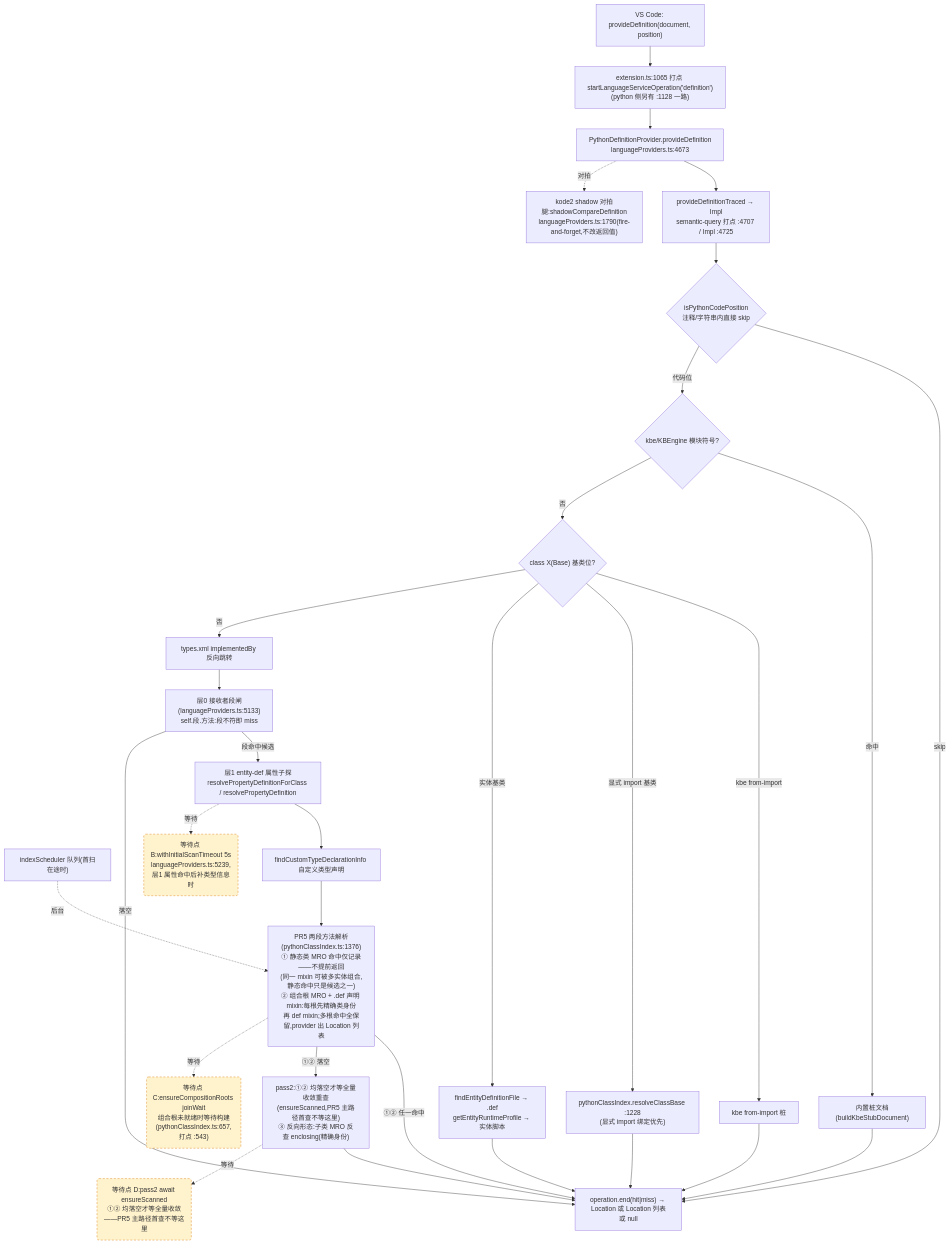
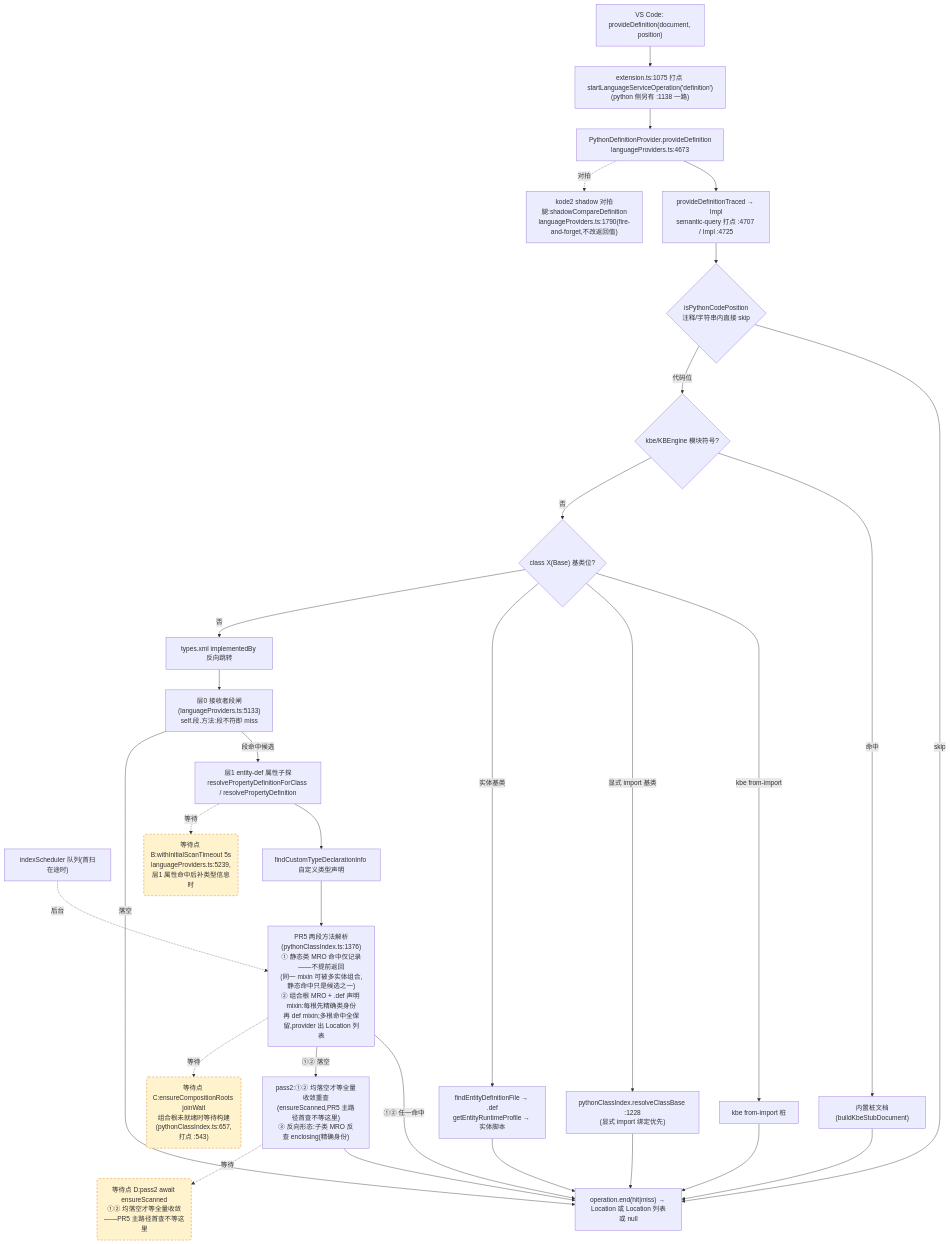
The second of 4 diagrams in docs/perf/2026-baseline.md (cuihairu/kode), drawn with Mermaid before and after one commit. The commit also changed other lines of this file and 17 other files, not shown here.

````diff
--- a/docs/perf/2026-baseline.md
+++ b/docs/perf/2026-baseline.md
@@ -130,51 +130,51 @@
 ```mermaid
 flowchart TD
   VC2["VS Code: provideDefinition(document, position)"]
-  M2["extension.ts:1065 打点 startLanguageServiceOperation('definition')<br/>(python 侧另有 :1128 一路)"]
+  M2["extension.ts:1075 打点 startLanguageServiceOperation('definition')<br/>(python 侧另有 :1138 一路)"]
   AD2["PythonDefinitionProvider.provideDefinition<br/>languageProviders.ts:4673"]
   TR["provideDefinitionTraced → Impl<br/>semantic-query 打点 :4707 / Impl :4725"]
   CTX{"isPythonCodePosition<br/>注释/字符串内直接 skip"}
   KBE{"kbe/KBEngine 模块符号?"}
   STUB["内置桩文档(buildKbeStubDocument)"]
   CB{"class X(Base) 基类位?"}
   CB1["kbe from-import 桩"]
   CB2["pythonClassIndex.resolveClassBase :1228<br/>(显式 import 绑定优先)"]
   CB3["findEntityDefinitionFile → .def<br/>getEntityRuntimeProfile → 实体脚本"]
   REV["types.xml implementedBy 反向跳转"]
   L0["层0 接收者段闸(languageProviders.ts:5133)<br/>self.段.方法:段不符即 miss"]
   L1["层1 entity-def 属性子探<br/>resolvePropertyDefinitionForClass / resolvePropertyDefinition"]
   SCAN["indexScheduler 队列(首扫在途时)"]
   TY["findCustomTypeDeclarationInfo 自定义类型声明"]
   MRO["PR5 两段方法解析(pythonClassIndex.ts:1376)<br/>① 静态类 MRO 命中仅记录——不提前返回<br/>(同一 mixin 可被多实体组合,静态命中只是候选之一)<br/>② 组合根 MRO + .def 声明 mixin:每根先精确类身份<br/>再 def mixin;多根命中全保留,provider 出 Location 列表"]
   PASS2["pass2:①② 均落空才等全量收敛重查<br/>(ensureScanned,PR5 主路径首查不等这里)<br/>③ 反向形态:子类 MRO 反查 enclosing(精确身份)"]
   SHD["kode2 shadow 对拍腿:shadowCompareDefinition<br/>languageProviders.ts:1790(fire-and-forget,不改返回值)"]
   END2["operation.end(hit|miss) → Location 或 Location 列表或 null"]
 
   VC2 --> M2 --> AD2 --> TR --> CTX
   CTX -- "skip" --> END2
   CTX -- "代码位" --> KBE
   KBE -- "命中" --> STUB --> END2
   KBE -- "否" --> CB
   CB -- "kbe from-import" --> CB1 --> END2
   CB -- "显式 import 基类" --> CB2 --> END2
   CB -- "实体基类" --> CB3 --> END2
   CB -- "否" --> REV --> L0
   L0 -- "段命中候选" --> L1
   L0 -- "落空" --> END2
   L1 --> TY
   TY --> MRO
   MRO -- "①② 任一命中" --> END2
   MRO -- "①② 落空" --> PASS2 --> END2
   AD2 -.->|对拍| SHD
 
   WAITB("等待点 B:withInitialScanTimeout 5s<br/>languageProviders.ts:5239,层1 属性命中后补类型信息时")
   WAITC("等待点 C:ensureCompositionRoots joinWait<br/>组合根未就绪时等待构建(pythonClassIndex.ts:657,打点 :543)")
   WAITD("等待点 D:pass2 await ensureScanned<br/>①② 均落空才等全量收敛——PR5 主路径首查不等这里")
   L1 -.->|等待| WAITB
   MRO -.->|等待| WAITC
   PASS2 -.->|等待| WAITD
   SCAN -.->|后台| MRO
 
   classDef waitPoint fill:#fff3cd,stroke:#d97706,stroke-dasharray:5 4;
   class WAITB,WAITC,WAITD waitPoint;
 ```
````
